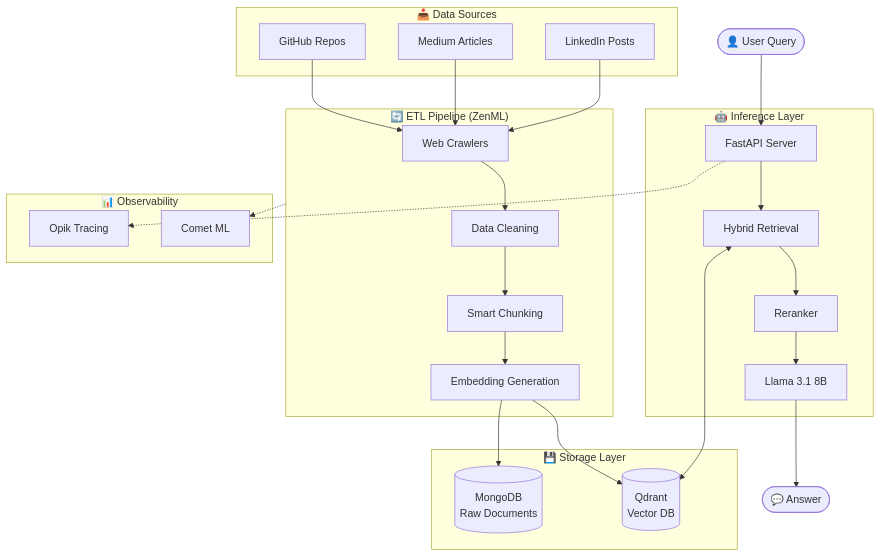
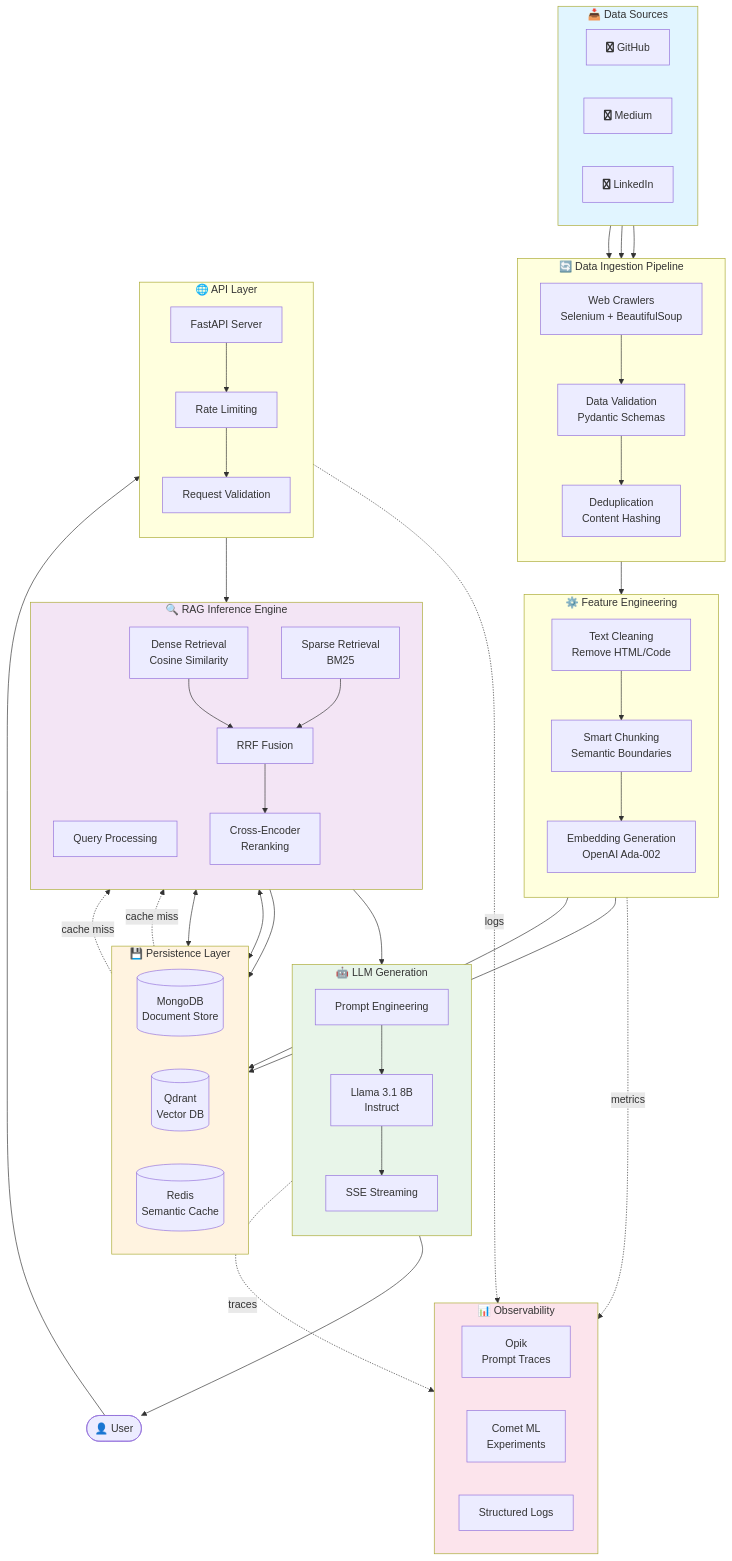
Before and after one commit to ductaip/NeuralTwin-Enterprise-RAG-System-MLOps-Pipeline: the third of 4 diagrams in README.md, drawn with Mermaid. The commit also changed other lines of this file, not shown here.

Commit message:
refine readme fixxing mermaid diagram

````diff
--- a/README.md
+++ b/README.md
@@ -80,51 +255,84 @@
 ```mermaid
-graph TB
-    subgraph Input["📥 Data Sources"]
-        GH[GitHub Repos]
-        MD[Medium Articles]
-        LI[LinkedIn Posts]
+flowchart TB
+    subgraph sources["📥 Data Sources"]
+        direction LR
+        gh[fa:fa-github GitHub]
+        md[fa:fa-medium Medium]
+        li[fa:fa-linkedin LinkedIn]
     end
     
-    subgraph Pipeline["🔄 ETL Pipeline (ZenML)"]
-        Crawl[Web Crawlers]
-        Clean[Data Cleaning]
-        Chunk[Smart Chunking]
-        Embed[Embedding Generation]
+    subgraph ingestion["🔄 Data Ingestion Pipeline"]
+        direction TB
+        crawler[Web Crawlers<br/>Selenium + BeautifulSoup]
+        validator[Data Validation<br/>Pydantic Schemas]
+        dedup[Deduplication<br/>Content Hashing]
     end
     
-    subgraph Storage["💾 Storage Layer"]
-        Mongo[(MongoDB<br/>Raw Documents)]
-        Qdrant[(Qdrant<br/>Vector DB)]
+    subgraph processing["⚙️ Feature Engineering"]
+        direction TB
+        cleaner[Text Cleaning<br/>Remove HTML/Code]
+        chunker[Smart Chunking<br/>Semantic Boundaries]
+        embedder[Embedding Generation<br/>OpenAI Ada-002]
     end
     
-    subgraph Inference["🤖 Inference Layer"]
-        API[FastAPI Server]
-        Retrieval[Hybrid Retrieval]
-        Rerank[Reranker]
-        LLM[Llama 3.1 8B]
+    subgraph storage["💾 Persistence Layer"]
+        direction LR
+        mongo[(MongoDB<br/>Document Store)]
+        qdrant[(Qdrant<br/>Vector DB)]
+        cache[(Redis<br/>Semantic Cache)]
     end
     
-    subgraph Monitoring["📊 Observability"]
-        Opik[Opik Tracing]
-        Comet[Comet ML]
+    subgraph rag["🔍 RAG Inference Engine"]
+        direction TB
+        query[Query Processing]
+        dense[Dense Retrieval<br/>Cosine Similarity]
+        sparse[Sparse Retrieval<br/>BM25]
+        fusion[RRF Fusion]
+        rerank[Cross-Encoder<br/>Reranking]
     end
     
-    GH --> Crawl
-    MD --> Crawl
-    LI --> Crawl
-    Crawl --> Clean
-    Clean --> Chunk
-    Chunk --> Embed
-    Embed --> Mongo
-    Embed --> Qdrant
+    subgraph llm["🤖 LLM Generation"]
+        direction TB
+        prompt[Prompt Engineering]
+        model[Llama 3.1 8B<br/>Instruct]
+        stream[SSE Streaming]
+    end
     
-    User([👤 User Query]) --> API
-    API --> Retrieval
-    Retrieval <--> Qdrant
-    Retrieval --> Rerank
-    Rerank --> LLM
-    LLM --> Response([💬 Answer])
+    subgraph api["🌐 API Layer"]
+        direction TB
+        fastapi[FastAPI Server]
+        auth[Rate Limiting]
+        valid[Request Validation]
+    end
     
-    API -.-> Opik
-    Pipeline -.-> Comet
+    subgraph obs["📊 Observability"]
+        direction LR
+        opik[Opik<br/>Prompt Traces]
+        comet[Comet ML<br/>Experiments]
+        logs[Structured Logs]
+    end
+    
+    gh & md & li --> crawler
+    crawler --> validator --> dedup --> cleaner
+    cleaner --> chunker --> embedder
+    embedder --> mongo & qdrant
+    
+    user([👤 User]) --> fastapi
+    fastapi --> auth --> valid --> query
+    query --> cache
+    cache -.cache miss.-> dense & sparse
+    dense & sparse --> fusion --> rerank
+    rerank --> prompt --> model --> stream --> user
+    
+    dense & sparse <--> qdrant
+    
+    fastapi -.logs.-> opik
+    embedder -.metrics.-> comet
+    model -.traces.-> opik
+    
+    style sources fill:#e1f5ff
+    style storage fill:#fff3e0
+    style rag fill:#f3e5f5
+    style llm fill:#e8f5e9
+    style obs fill:#fce4ec
 ```
````
